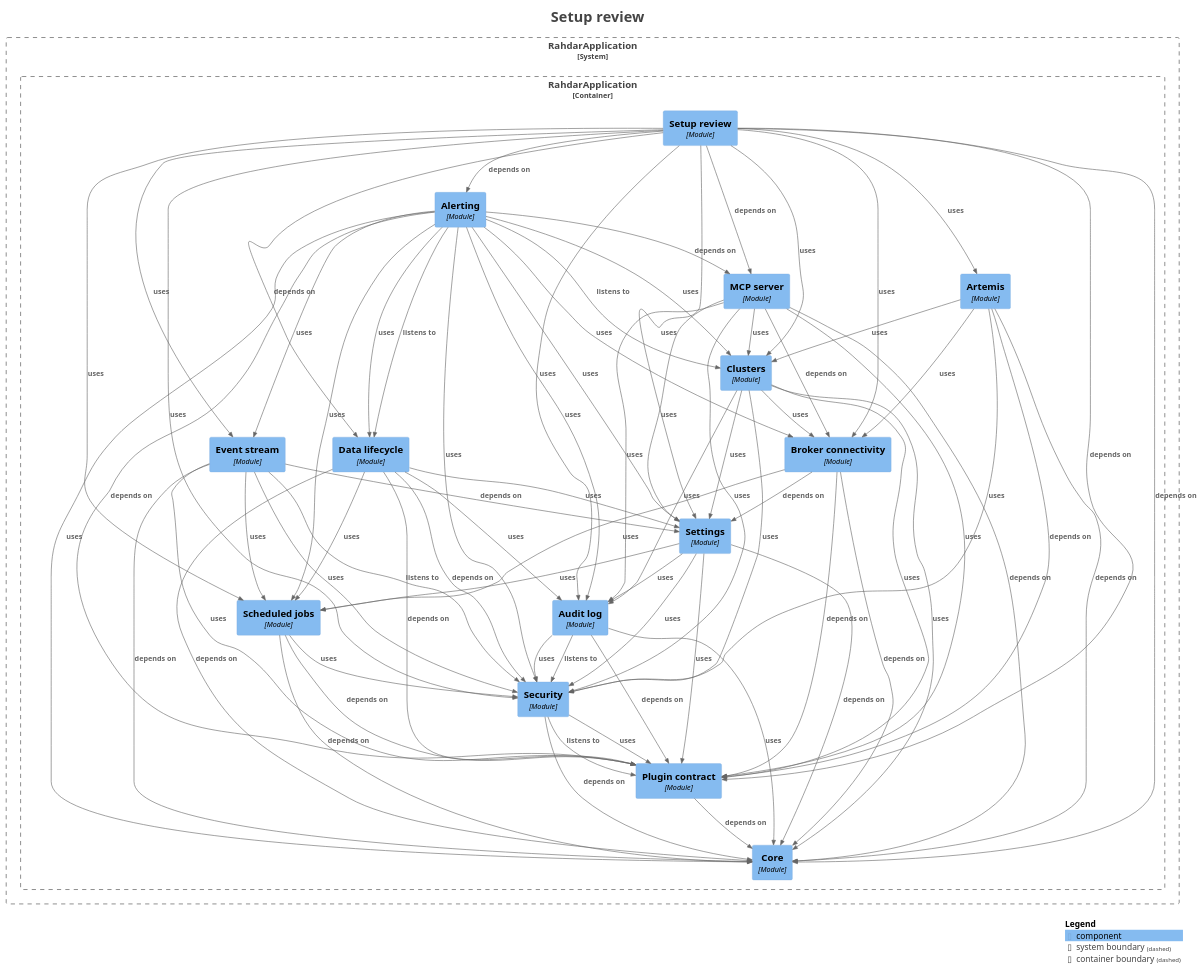
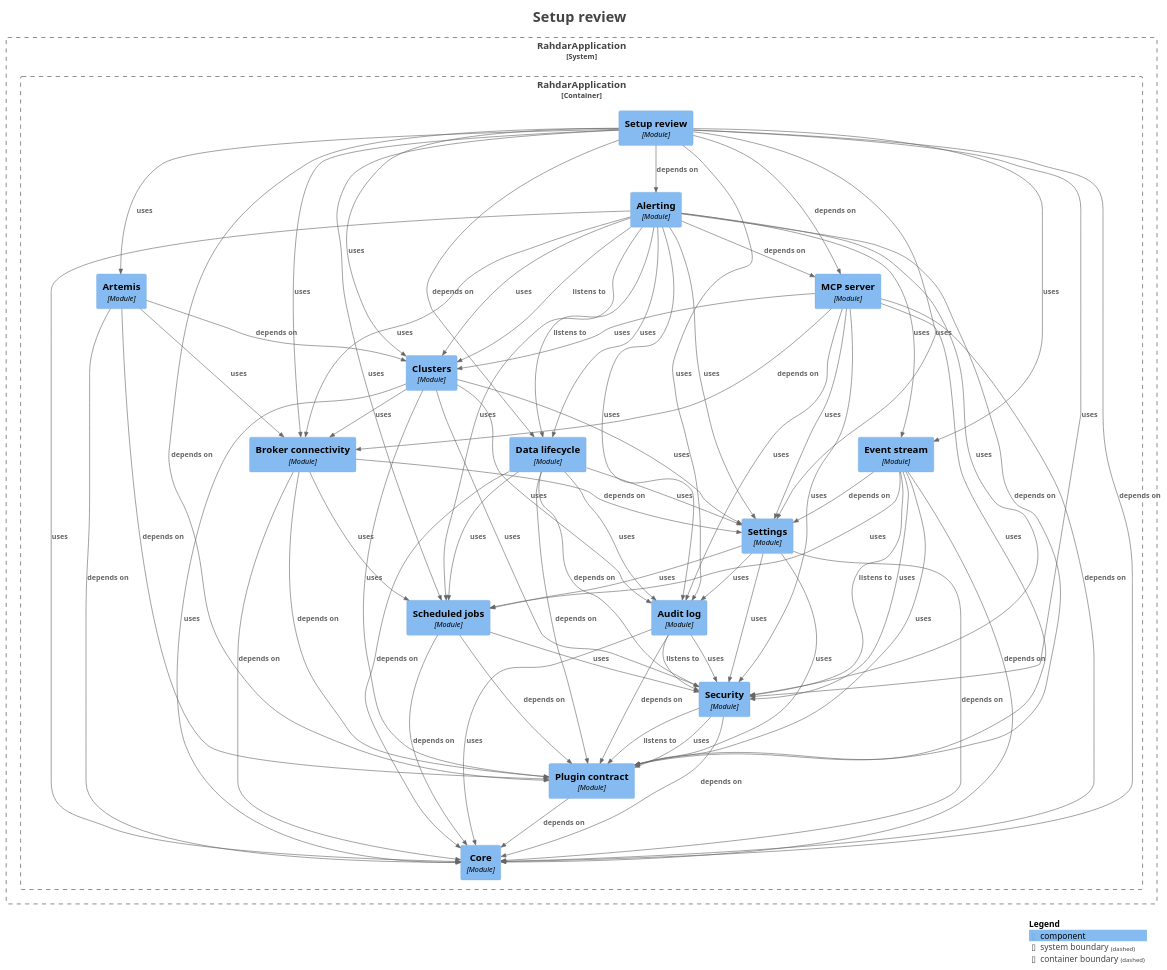
Before and after one commit to sudoitir/rahdar: the diagram in docs/modules/module-feature.setupreview.puml, drawn with PlantUML. The commit also changed 130 other files, not shown here.

```diff
--- a/docs/modules/module-feature.setupreview.puml
+++ b/docs/modules/module-feature.setupreview.puml
@@ -1,117 +1,116 @@
 @startuml
 title <size:24>Setup review</size>
 
 set separator none
 top to bottom direction
 
 <style>
   root {
     BackgroundColor: #ffffff
     FontColor: #444444
   }
 </style>
 
 !include <C4/C4>
 !include <C4/C4_Context>
 !include <C4/C4_Component>
 
 System_Boundary("RahdarApplication_boundary", "RahdarApplication", $tags="") {
   Container_Boundary("RahdarApplication.RahdarApplication_boundary", "RahdarApplication", $tags="") {
     Component(RahdarApplication.RahdarApplication.Alerting, "Alerting", $techn="Module", $descr="", $tags="", $link="")
     Component(RahdarApplication.RahdarApplication.Artemis, "Artemis", $techn="Module", $descr="", $tags="", $link="")
     Component(RahdarApplication.RahdarApplication.Auditlog, "Audit log", $techn="Module", $descr="", $tags="", $link="")
     Component(RahdarApplication.RahdarApplication.Brokerconnectivity, "Broker connectivity", $techn="Module", $descr="", $tags="", $link="")
     Component(RahdarApplication.RahdarApplication.Clusters, "Clusters", $techn="Module", $descr="", $tags="", $link="")
     Component(RahdarApplication.RahdarApplication.Core, "Core", $techn="Module", $descr="", $tags="", $link="")
     Component(RahdarApplication.RahdarApplication.Datalifecycle, "Data lifecycle", $techn="Module", $descr="", $tags="", $link="")
     Component(RahdarApplication.RahdarApplication.Eventstream, "Event stream", $techn="Module", $descr="", $tags="", $link="")
     Component(RahdarApplication.RahdarApplication.MCPserver, "MCP server", $techn="Module", $descr="", $tags="", $link="")
     Component(RahdarApplication.RahdarApplication.Plugincontract, "Plugin contract", $techn="Module", $descr="", $tags="", $link="")
     Component(RahdarApplication.RahdarApplication.Scheduledjobs, "Scheduled jobs", $techn="Module", $descr="", $tags="", $link="")
     Component(RahdarApplication.RahdarApplication.Security, "Security", $techn="Module", $descr="", $tags="", $link="")
     Component(RahdarApplication.RahdarApplication.Settings, "Settings", $techn="Module", $descr="", $tags="", $link="")
     Component(RahdarApplication.RahdarApplication.Setupreview, "Setup review", $techn="Module", $descr="", $tags="", $link="")
   }
 
 }
 
 Rel(RahdarApplication.RahdarApplication.Alerting, RahdarApplication.RahdarApplication.Auditlog, "uses", $techn="", $tags="", $link="")
 Rel(RahdarApplication.RahdarApplication.Alerting, RahdarApplication.RahdarApplication.Brokerconnectivity, "uses", $techn="", $tags="", $link="")
 Rel(RahdarApplication.RahdarApplication.Alerting, RahdarApplication.RahdarApplication.Clusters, "listens to", $techn="", $tags="", $link="")
 Rel(RahdarApplication.RahdarApplication.Alerting, RahdarApplication.RahdarApplication.Clusters, "uses", $techn="", $tags="", $link="")
 Rel(RahdarApplication.RahdarApplication.Alerting, RahdarApplication.RahdarApplication.Core, "uses", $techn="", $tags="", $link="")
 Rel(RahdarApplication.RahdarApplication.Alerting, RahdarApplication.RahdarApplication.Datalifecycle, "listens to", $techn="", $tags="", $link="")
 Rel(RahdarApplication.RahdarApplication.Alerting, RahdarApplication.RahdarApplication.Datalifecycle, "uses", $techn="", $tags="", $link="")
 Rel(RahdarApplication.RahdarApplication.Alerting, RahdarApplication.RahdarApplication.Eventstream, "uses", $techn="", $tags="", $link="")
 Rel(RahdarApplication.RahdarApplication.Alerting, RahdarApplication.RahdarApplication.MCPserver, "depends on", $techn="", $tags="", $link="")
 Rel(RahdarApplication.RahdarApplication.Alerting, RahdarApplication.RahdarApplication.Plugincontract, "depends on", $techn="", $tags="", $link="")
 Rel(RahdarApplication.RahdarApplication.Alerting, RahdarApplication.RahdarApplication.Scheduledjobs, "uses", $techn="", $tags="", $link="")
 Rel(RahdarApplication.RahdarApplication.Alerting, RahdarApplication.RahdarApplication.Security, "uses", $techn="", $tags="", $link="")
 Rel(RahdarApplication.RahdarApplication.Alerting, RahdarApplication.RahdarApplication.Settings, "uses", $techn="", $tags="", $link="")
 Rel(RahdarApplication.RahdarApplication.Artemis, RahdarApplication.RahdarApplication.Brokerconnectivity, "uses", $techn="", $tags="", $link="")
-Rel(RahdarApplication.RahdarApplication.Artemis, RahdarApplication.RahdarApplication.Clusters, "uses", $techn="", $tags="", $link="")
+Rel(RahdarApplication.RahdarApplication.Artemis, RahdarApplication.RahdarApplication.Clusters, "depends on", $techn="", $tags="", $link="")
 Rel(RahdarApplication.RahdarApplication.Artemis, RahdarApplication.RahdarApplication.Core, "depends on", $techn="", $tags="", $link="")
 Rel(RahdarApplication.RahdarApplication.Artemis, RahdarApplication.RahdarApplication.Plugincontract, "depends on", $techn="", $tags="", $link="")
-Rel(RahdarApplication.RahdarApplication.Artemis, RahdarApplication.RahdarApplication.Security, "uses", $techn="", $tags="", $link="")
 Rel(RahdarApplication.RahdarApplication.Auditlog, RahdarApplication.RahdarApplication.Core, "uses", $techn="", $tags="", $link="")
 Rel(RahdarApplication.RahdarApplication.Auditlog, RahdarApplication.RahdarApplication.Plugincontract, "depends on", $techn="", $tags="", $link="")
 Rel(RahdarApplication.RahdarApplication.Auditlog, RahdarApplication.RahdarApplication.Security, "listens to", $techn="", $tags="", $link="")
 Rel(RahdarApplication.RahdarApplication.Auditlog, RahdarApplication.RahdarApplication.Security, "uses", $techn="", $tags="", $link="")
 Rel(RahdarApplication.RahdarApplication.Brokerconnectivity, RahdarApplication.RahdarApplication.Core, "depends on", $techn="", $tags="", $link="")
 Rel(RahdarApplication.RahdarApplication.Brokerconnectivity, RahdarApplication.RahdarApplication.Plugincontract, "depends on", $techn="", $tags="", $link="")
 Rel(RahdarApplication.RahdarApplication.Brokerconnectivity, RahdarApplication.RahdarApplication.Scheduledjobs, "uses", $techn="", $tags="", $link="")
 Rel(RahdarApplication.RahdarApplication.Brokerconnectivity, RahdarApplication.RahdarApplication.Settings, "depends on", $techn="", $tags="", $link="")
 Rel(RahdarApplication.RahdarApplication.Clusters, RahdarApplication.RahdarApplication.Auditlog, "uses", $techn="", $tags="", $link="")
 Rel(RahdarApplication.RahdarApplication.Clusters, RahdarApplication.RahdarApplication.Brokerconnectivity, "uses", $techn="", $tags="", $link="")
 Rel(RahdarApplication.RahdarApplication.Clusters, RahdarApplication.RahdarApplication.Core, "uses", $techn="", $tags="", $link="")
 Rel(RahdarApplication.RahdarApplication.Clusters, RahdarApplication.RahdarApplication.Plugincontract, "uses", $techn="", $tags="", $link="")
 Rel(RahdarApplication.RahdarApplication.Clusters, RahdarApplication.RahdarApplication.Security, "uses", $techn="", $tags="", $link="")
 Rel(RahdarApplication.RahdarApplication.Clusters, RahdarApplication.RahdarApplication.Settings, "uses", $techn="", $tags="", $link="")
 Rel(RahdarApplication.RahdarApplication.Datalifecycle, RahdarApplication.RahdarApplication.Auditlog, "uses", $techn="", $tags="", $link="")
 Rel(RahdarApplication.RahdarApplication.Datalifecycle, RahdarApplication.RahdarApplication.Core, "depends on", $techn="", $tags="", $link="")
 Rel(RahdarApplication.RahdarApplication.Datalifecycle, RahdarApplication.RahdarApplication.Plugincontract, "depends on", $techn="", $tags="", $link="")
 Rel(RahdarApplication.RahdarApplication.Datalifecycle, RahdarApplication.RahdarApplication.Scheduledjobs, "uses", $techn="", $tags="", $link="")
 Rel(RahdarApplication.RahdarApplication.Datalifecycle, RahdarApplication.RahdarApplication.Security, "depends on", $techn="", $tags="", $link="")
 Rel(RahdarApplication.RahdarApplication.Datalifecycle, RahdarApplication.RahdarApplication.Settings, "uses", $techn="", $tags="", $link="")
 Rel(RahdarApplication.RahdarApplication.Eventstream, RahdarApplication.RahdarApplication.Core, "depends on", $techn="", $tags="", $link="")
 Rel(RahdarApplication.RahdarApplication.Eventstream, RahdarApplication.RahdarApplication.Plugincontract, "uses", $techn="", $tags="", $link="")
 Rel(RahdarApplication.RahdarApplication.Eventstream, RahdarApplication.RahdarApplication.Scheduledjobs, "uses", $techn="", $tags="", $link="")
 Rel(RahdarApplication.RahdarApplication.Eventstream, RahdarApplication.RahdarApplication.Security, "listens to", $techn="", $tags="", $link="")
 Rel(RahdarApplication.RahdarApplication.Eventstream, RahdarApplication.RahdarApplication.Security, "uses", $techn="", $tags="", $link="")
 Rel(RahdarApplication.RahdarApplication.Eventstream, RahdarApplication.RahdarApplication.Settings, "depends on", $techn="", $tags="", $link="")
 Rel(RahdarApplication.RahdarApplication.MCPserver, RahdarApplication.RahdarApplication.Auditlog, "uses", $techn="", $tags="", $link="")
 Rel(RahdarApplication.RahdarApplication.MCPserver, RahdarApplication.RahdarApplication.Brokerconnectivity, "depends on", $techn="", $tags="", $link="")
 Rel(RahdarApplication.RahdarApplication.MCPserver, RahdarApplication.RahdarApplication.Clusters, "uses", $techn="", $tags="", $link="")
 Rel(RahdarApplication.RahdarApplication.MCPserver, RahdarApplication.RahdarApplication.Core, "depends on", $techn="", $tags="", $link="")
 Rel(RahdarApplication.RahdarApplication.MCPserver, RahdarApplication.RahdarApplication.Plugincontract, "uses", $techn="", $tags="", $link="")
 Rel(RahdarApplication.RahdarApplication.MCPserver, RahdarApplication.RahdarApplication.Security, "uses", $techn="", $tags="", $link="")
 Rel(RahdarApplication.RahdarApplication.MCPserver, RahdarApplication.RahdarApplication.Settings, "uses", $techn="", $tags="", $link="")
 Rel(RahdarApplication.RahdarApplication.Plugincontract, RahdarApplication.RahdarApplication.Core, "depends on", $techn="", $tags="", $link="")
 Rel(RahdarApplication.RahdarApplication.Scheduledjobs, RahdarApplication.RahdarApplication.Core, "depends on", $techn="", $tags="", $link="")
 Rel(RahdarApplication.RahdarApplication.Scheduledjobs, RahdarApplication.RahdarApplication.Plugincontract, "depends on", $techn="", $tags="", $link="")
 Rel(RahdarApplication.RahdarApplication.Scheduledjobs, RahdarApplication.RahdarApplication.Security, "uses", $techn="", $tags="", $link="")
 Rel(RahdarApplication.RahdarApplication.Security, RahdarApplication.RahdarApplication.Core, "depends on", $techn="", $tags="", $link="")
 Rel(RahdarApplication.RahdarApplication.Security, RahdarApplication.RahdarApplication.Plugincontract, "listens to", $techn="", $tags="", $link="")
 Rel(RahdarApplication.RahdarApplication.Security, RahdarApplication.RahdarApplication.Plugincontract, "uses", $techn="", $tags="", $link="")
 Rel(RahdarApplication.RahdarApplication.Settings, RahdarApplication.RahdarApplication.Auditlog, "uses", $techn="", $tags="", $link="")
 Rel(RahdarApplication.RahdarApplication.Settings, RahdarApplication.RahdarApplication.Core, "depends on", $techn="", $tags="", $link="")
 Rel(RahdarApplication.RahdarApplication.Settings, RahdarApplication.RahdarApplication.Plugincontract, "uses", $techn="", $tags="", $link="")
 Rel(RahdarApplication.RahdarApplication.Settings, RahdarApplication.RahdarApplication.Scheduledjobs, "uses", $techn="", $tags="", $link="")
 Rel(RahdarApplication.RahdarApplication.Settings, RahdarApplication.RahdarApplication.Security, "uses", $techn="", $tags="", $link="")
 Rel(RahdarApplication.RahdarApplication.Setupreview, RahdarApplication.RahdarApplication.Alerting, "depends on", $techn="", $tags="", $link="")
 Rel(RahdarApplication.RahdarApplication.Setupreview, RahdarApplication.RahdarApplication.Artemis, "uses", $techn="", $tags="", $link="")
 Rel(RahdarApplication.RahdarApplication.Setupreview, RahdarApplication.RahdarApplication.Auditlog, "uses", $techn="", $tags="", $link="")
 Rel(RahdarApplication.RahdarApplication.Setupreview, RahdarApplication.RahdarApplication.Brokerconnectivity, "uses", $techn="", $tags="", $link="")
 Rel(RahdarApplication.RahdarApplication.Setupreview, RahdarApplication.RahdarApplication.Clusters, "uses", $techn="", $tags="", $link="")
 Rel(RahdarApplication.RahdarApplication.Setupreview, RahdarApplication.RahdarApplication.Core, "depends on", $techn="", $tags="", $link="")
 Rel(RahdarApplication.RahdarApplication.Setupreview, RahdarApplication.RahdarApplication.Datalifecycle, "depends on", $techn="", $tags="", $link="")
 Rel(RahdarApplication.RahdarApplication.Setupreview, RahdarApplication.RahdarApplication.Eventstream, "uses", $techn="", $tags="", $link="")
 Rel(RahdarApplication.RahdarApplication.Setupreview, RahdarApplication.RahdarApplication.MCPserver, "depends on", $techn="", $tags="", $link="")
 Rel(RahdarApplication.RahdarApplication.Setupreview, RahdarApplication.RahdarApplication.Plugincontract, "depends on", $techn="", $tags="", $link="")
 Rel(RahdarApplication.RahdarApplication.Setupreview, RahdarApplication.RahdarApplication.Scheduledjobs, "uses", $techn="", $tags="", $link="")
 Rel(RahdarApplication.RahdarApplication.Setupreview, RahdarApplication.RahdarApplication.Security, "uses", $techn="", $tags="", $link="")
 Rel(RahdarApplication.RahdarApplication.Setupreview, RahdarApplication.RahdarApplication.Settings, "uses", $techn="", $tags="", $link="")
 
 SHOW_LEGEND(true)
 hide stereotypes
 @enduml
```
